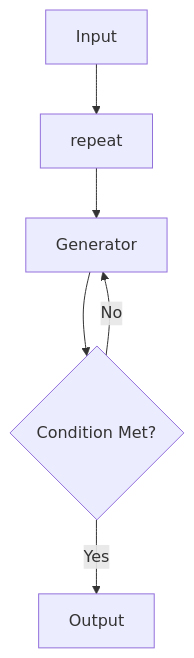
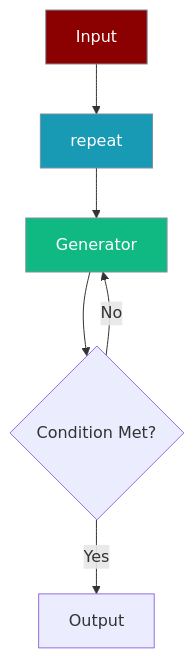
Before and after one commit to MervinPraison/PraisonAIDocs: the diagram in docs/features/workflow-repeat.mdx, drawn with Mermaid. The commit also changed other lines of this file and 19 other files, not shown here.

````diff
--- a/docs/features/workflow-repeat.mdx
+++ b/docs/features/workflow-repeat.mdx
@@ -12,8 +12,15 @@
 ```mermaid
 graph TD
     A[Input] --> B[repeat]
     B --> C[Generator]
     C --> D{Condition Met?}
     D -->|No| C
     D -->|Yes| E[Output]
+    classDef agent fill:#8B0000,stroke:#7C90A0,color:#fff
+    classDef tool fill:#189AB4,stroke:#7C90A0,color:#fff
+    classDef success fill:#10B981,stroke:#7C90A0,color:#fff
+    class A agent
+    class B tool
+    class C success
+
 ```
````
